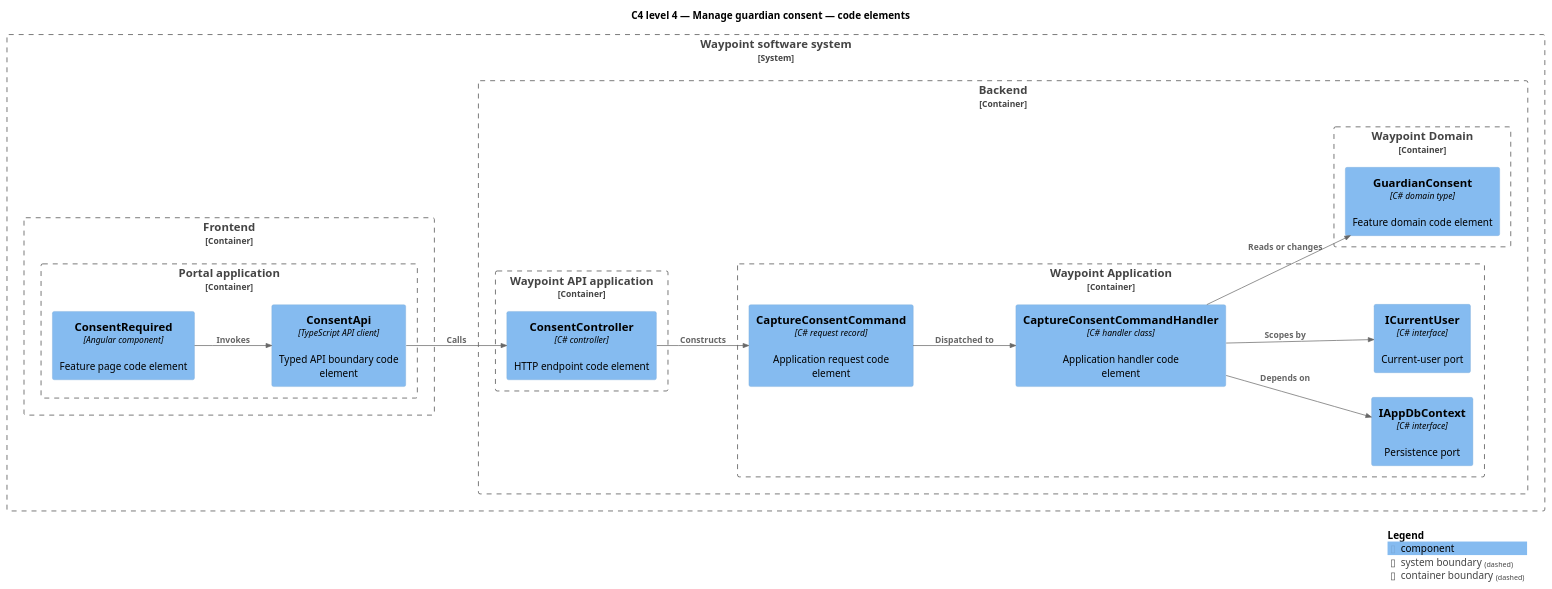
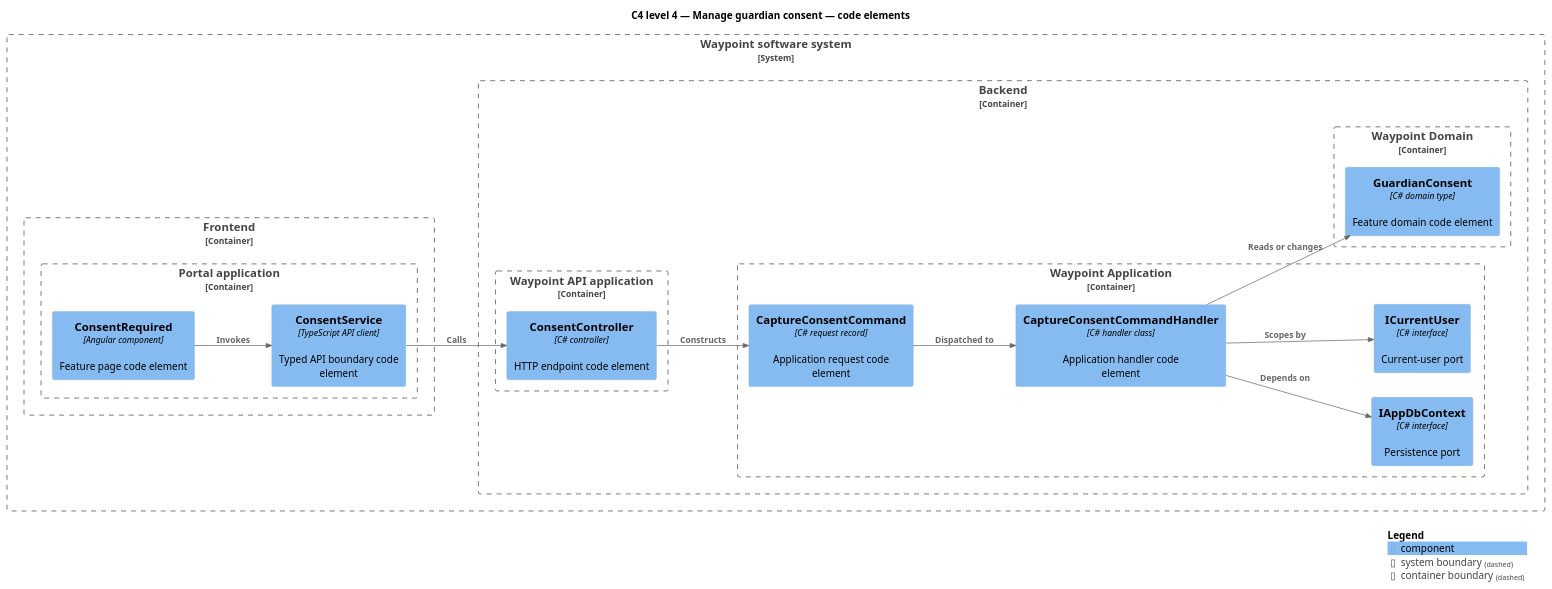
One commit to QuinntyneBrown/waypoint changed the diagram in docs/detailed-designs/consent-and-safeguarding/manage-guardian-consent/diagrams/c4-code.puml. Above: the diagram before and after it, drawn with PlantUML. The commit also changed 679 other files, not shown here.

First line of the commit message:
Rename frontend API services from *Api to *Service

```diff
--- a/docs/detailed-designs/consent-and-safeguarding/manage-guardian-consent/diagrams/c4-code.puml
+++ b/docs/detailed-designs/consent-and-safeguarding/manage-guardian-consent/diagrams/c4-code.puml
@@ -1,35 +1,35 @@
 @startuml
 !include <C4/C4_Component>
 LAYOUT_LEFT_RIGHT()
 title C4 level 4 — Manage guardian consent — code elements
 System_Boundary(waypoint, "Waypoint software system") {
   Container_Boundary(frontend, "Frontend") {
     Container_Boundary(frontend_app, "Portal application") {
       Component(page, "ConsentRequired", "Angular component", "Feature page code element")
-      Component(client, "ConsentApi", "TypeScript API client", "Typed API boundary code element")
+      Component(client, "ConsentService", "TypeScript API client", "Typed API boundary code element")
     }
   }
   Container_Boundary(backend, "Backend") {
     Container_Boundary(api_app, "Waypoint API application") {
       Component(controller, "ConsentController", "C# controller", "HTTP endpoint code element")
     }
     Container_Boundary(application, "Waypoint Application") {
       Component(request, "CaptureConsentCommand", "C# request record", "Application request code element")
       Component(handler, "CaptureConsentCommandHandler", "C# handler class", "Application handler code element")
       Component(dbport, "IAppDbContext", "C# interface", "Persistence port")
       Component(current, "ICurrentUser", "C# interface", "Current-user port")
     }
     Container_Boundary(domain, "Waypoint Domain") {
       Component(entity, "GuardianConsent", "C# domain type", "Feature domain code element")
     }
   }
 }
 Rel(page, client, "Invokes")
 Rel(client, controller, "Calls")
 Rel(controller, request, "Constructs")
 Rel(request, handler, "Dispatched to")
 Rel(handler, dbport, "Depends on")
 Rel(handler, current, "Scopes by")
 Rel(handler, entity, "Reads or changes")
 SHOW_LEGEND()
 @enduml
```
